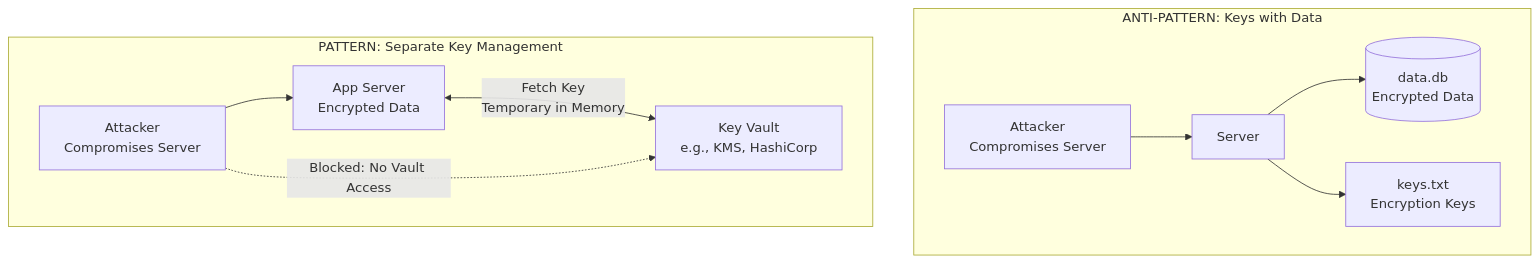
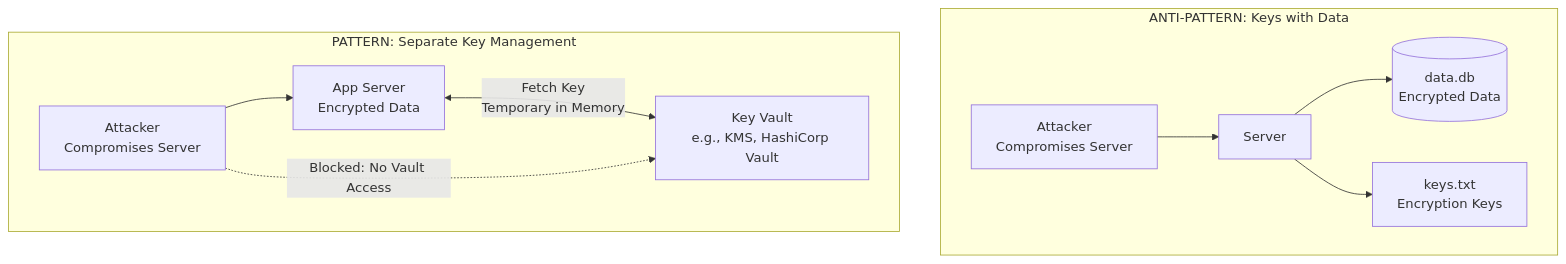
The sixth of 9 diagrams in src/content/docs/platform/foundations/security-principles/module-4.2-defense-in-depth.md (kube-dojo/kube-dojo), drawn with Mermaid before and after one commit. The commit also changed other lines of this file and 2 other files, not shown here.

````diff
--- a/src/content/docs/platform/foundations/security-principles/module-4.2-defense-in-depth.md
+++ b/src/content/docs/platform/foundations/security-principles/module-4.2-defense-in-depth.md
@@ -287,16 +281,16 @@
 ```mermaid
 flowchart TD
     subgraph AntiPattern [ANTI-PATTERN: Keys with Data]
         direction LR
         Server1[Server] --> DB1[(data.db\nEncrypted Data)]
         Server1 --> Key1[keys.txt\nEncryption Keys]
         Attacker1[Attacker\nCompromises Server] --> Server1
     end
 
     subgraph Pattern [PATTERN: Separate Key Management]
         direction LR
-        AppServer[App Server\nEncrypted Data] <-->|Fetch Key\nTemporary in Memory| Vault[Key Vault\ne.g., KMS, HashiCorp]
+        AppServer[App Server\nEncrypted Data] <-->|Fetch Key\nTemporary in Memory| Vault[Key Vault\ne.g., KMS, HashiCorp Vault]
         Attacker2[Attacker\nCompromises Server] --> AppServer
         Attacker2 -.->|Blocked: No Vault Access| Vault
     end
 ```
````
